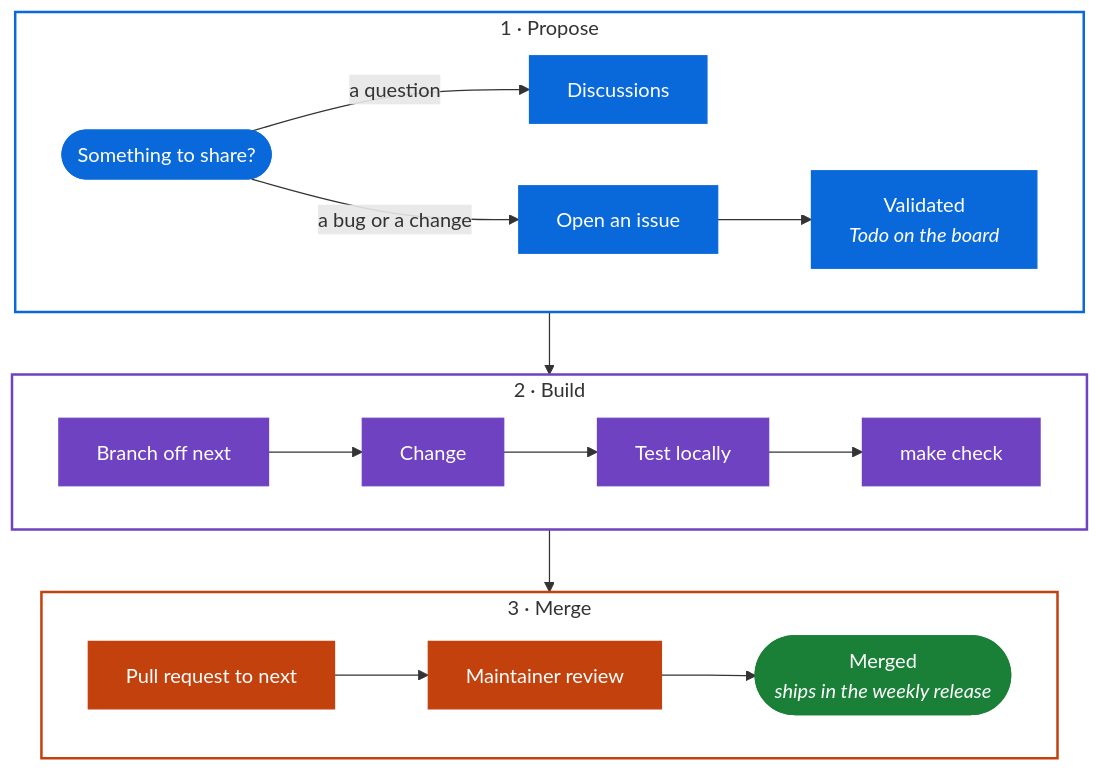
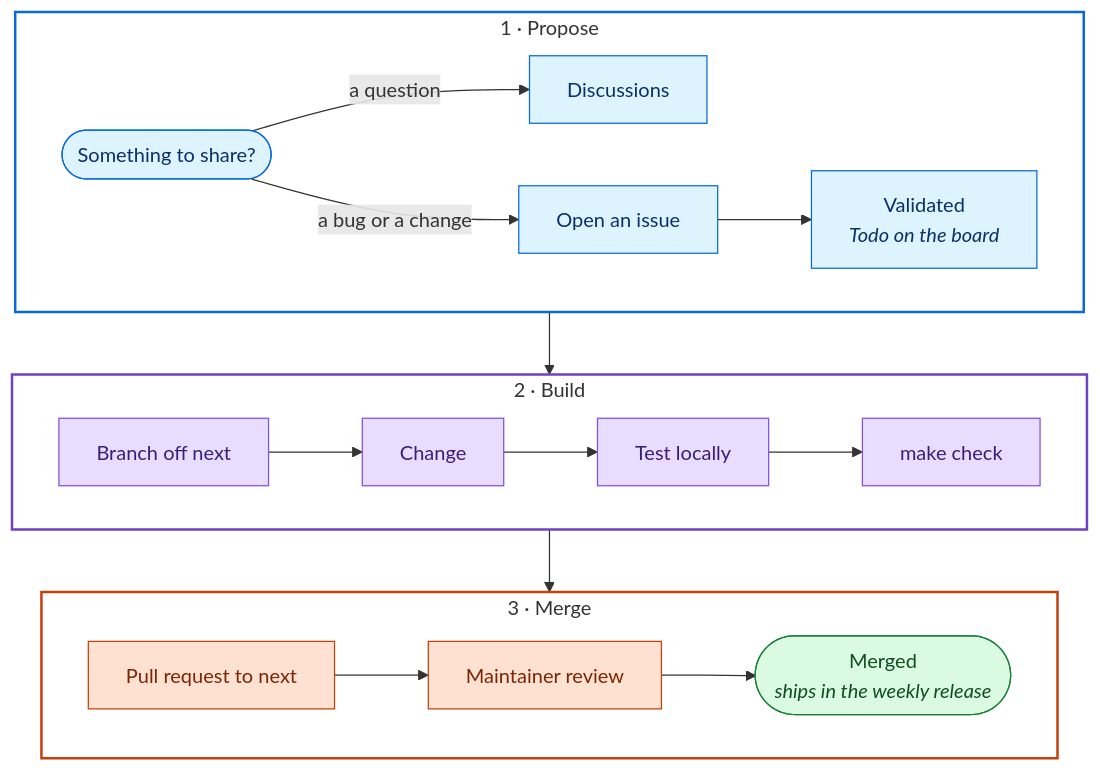
One commit to ai-driven-dev/framework changed the diagram in CONTRIBUTING.md. Above: the diagram before and after it, drawn with Mermaid. The commit also changed other lines of this file and 11 other files, not shown here.

First line of the commit message:
docs: soften diagram colors, order guides by project life, simplify compatibility and maintainers

````diff
--- a/CONTRIBUTING.md
+++ b/CONTRIBUTING.md
@@ -3,28 +3,28 @@
 ```mermaid
 flowchart TD
   subgraph propose["1 · Propose"]
     direction LR
     start(["Something to share?"]) -->|a question| discussions["Discussions"]
     start -->|a bug or a change| issue["Open an issue"] --> validated["Validated<br/><i>Todo on the board</i>"]
   end
   subgraph build["2 · Build"]
     direction LR
     branch["Branch off next"] --> change["Change"] --> test["Test locally"] --> gate["make check"]
   end
   subgraph merge["3 · Merge"]
     direction LR
     pr["Pull request to next"] --> review["Maintainer review"] --> merged(["Merged<br/><i>ships in the weekly release</i>"])
   end
   propose --> build --> merge
-  classDef cPropose fill:#0969da,stroke:#0969da,color:#fff
-  classDef cBuild fill:#6f42c1,stroke:#6f42c1,color:#fff
-  classDef cMerge fill:#c2410c,stroke:#c2410c,color:#fff
-  classDef done fill:#1a7f37,stroke:#1a7f37,color:#fff
+  classDef cPropose fill:#ddf4ff,stroke:#0969da,color:#0a3069
+  classDef cBuild fill:#e9ddff,stroke:#8250df,color:#3b1d78
+  classDef cMerge fill:#ffe1d1,stroke:#c2410c,color:#7a2606
+  classDef done fill:#dafbe1,stroke:#1a7f37,color:#0f4d21
   class start,discussions,issue,validated cPropose
   class branch,change,test,gate cBuild
   class pr,review cMerge
   class merged done
   style propose fill:none,stroke:#0969da,stroke-width:2px
   style build fill:none,stroke:#6f42c1,stroke-width:2px
   style merge fill:none,stroke:#c2410c,stroke-width:2px
 ```
````
